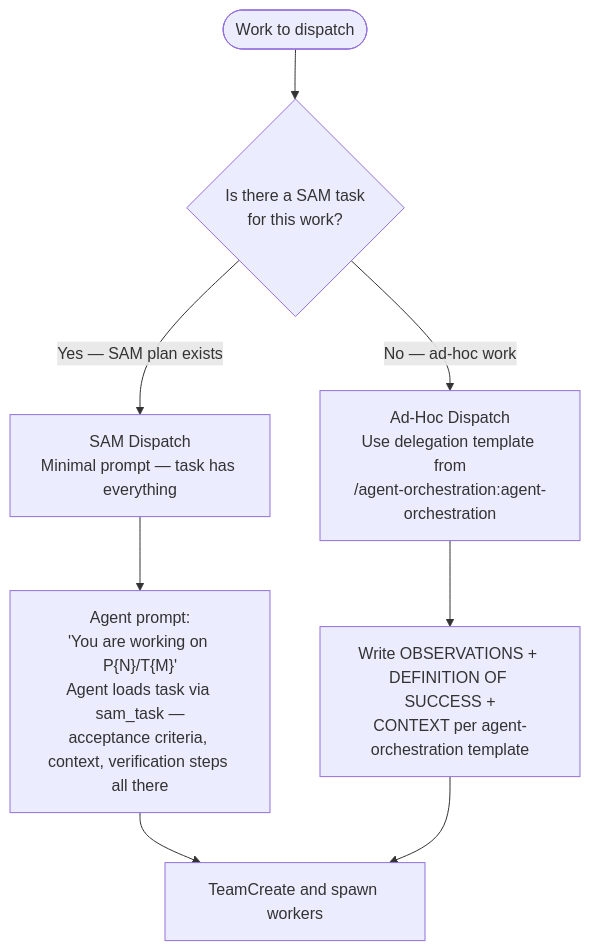
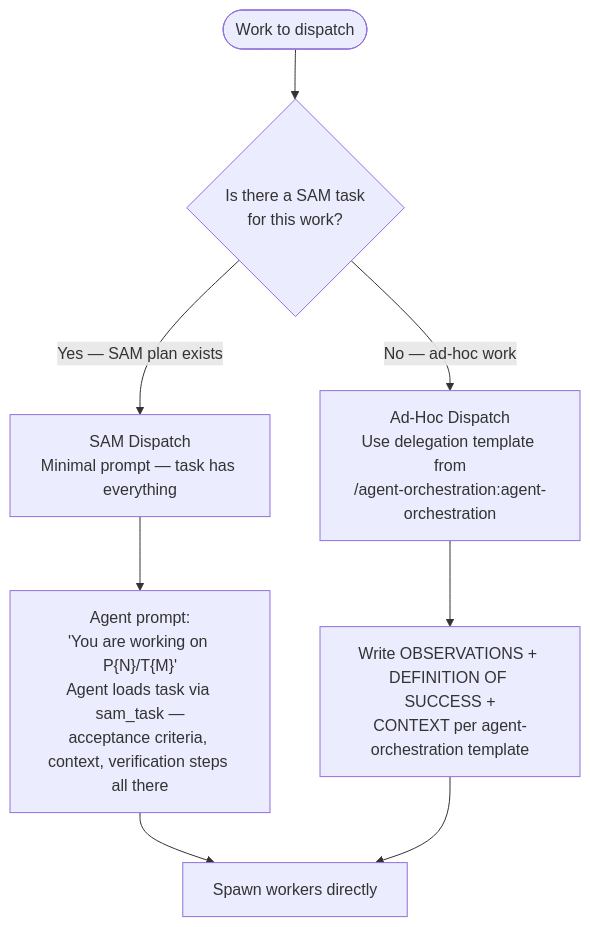
One commit to Jamie-BitFlight/claude_skills changed the first of 3 diagrams in plugins/development-harness/skills/dispatch/SKILL.md. Above: the diagram before and after it, drawn with Mermaid. The commit also changed other lines of this file and 31 other files, not shown here.

````diff
--- a/plugins/development-harness/skills/dispatch/SKILL.md
+++ b/plugins/development-harness/skills/dispatch/SKILL.md
@@ -16,10 +16,10 @@
 ```mermaid
 flowchart TD
     Start(["Work to dispatch"]) --> Q{"Is there a SAM task<br>for this work?"}
     Q -->|"Yes — SAM plan exists"| SAM["SAM Dispatch<br>Minimal prompt — task has everything"]
     Q -->|"No — ad-hoc work"| AdHoc["Ad-Hoc Dispatch<br>Use delegation template from<br>/agent-orchestration:agent-orchestration"]
     SAM --> SAMPrompt["Agent prompt:<br>'You are working on P{N}/T{M}'<br>Agent loads task via sam_task —<br>acceptance criteria, context, verification steps all there"]
     AdHoc --> AdHocPrompt["Write OBSERVATIONS + DEFINITION OF SUCCESS +<br>CONTEXT per agent-orchestration template"]
-    SAMPrompt --> Team["TeamCreate and spawn workers"]
-    AdHocPrompt --> Team
+    SAMPrompt --> Spawn["Spawn workers directly"]
+    AdHocPrompt --> Spawn
 ```
````
